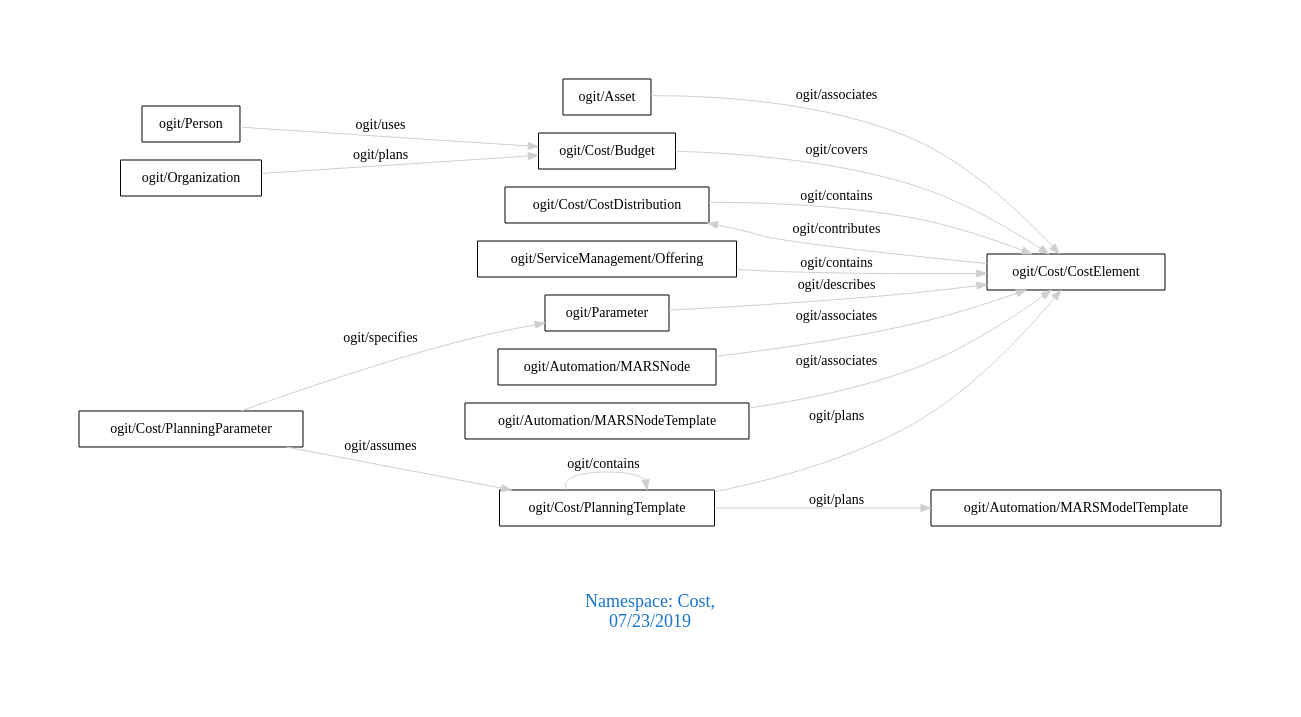
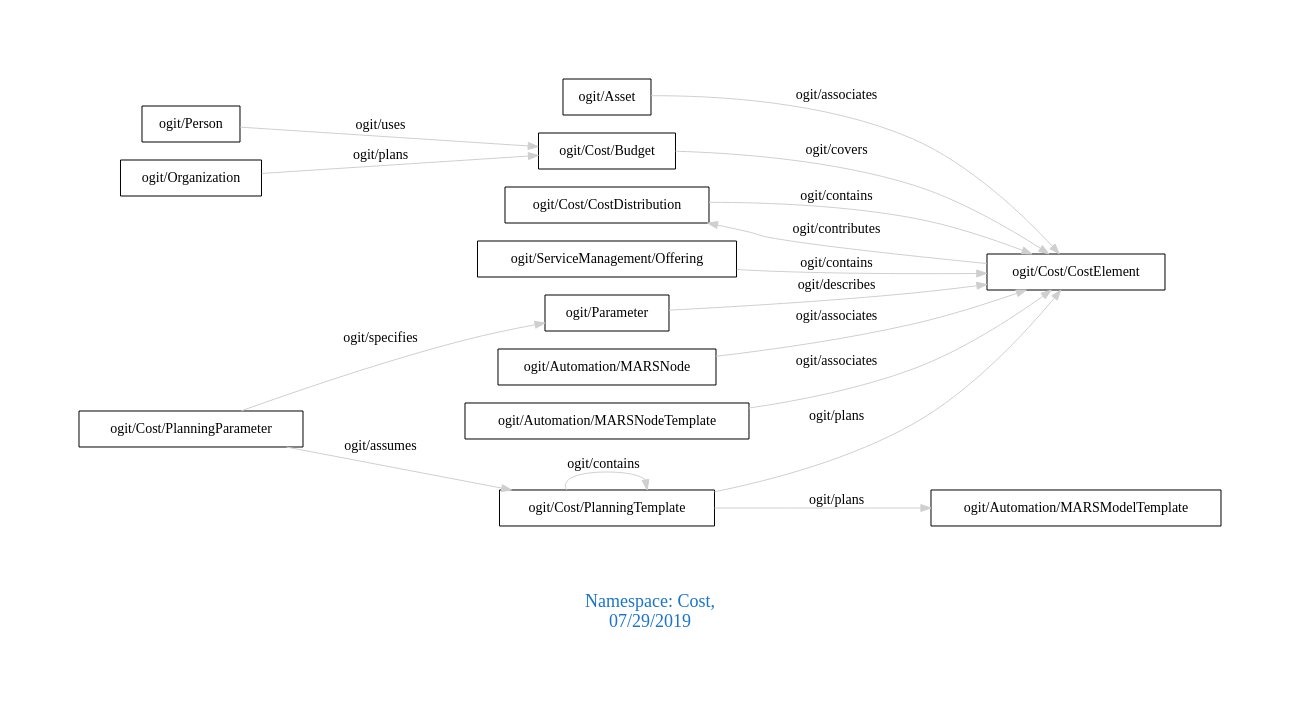
The diagram in downloads/Cost.dot (arago/OGIT), drawn with Graphviz before and after one commit. The commit also changed 1474 other files, not shown here.

```diff
--- a/downloads/Cost.dot
+++ b/downloads/Cost.dot
@@ -1,23 +1,23 @@
 digraph OGIT_ontology {
  graph [ rankdir= LR,pad=1 
 fontsize = 18,
-fontcolor= dodgerblue3,label = "\n\n\nNamespace: Cost, \n 07/23/2019"];
+fontcolor= dodgerblue3,label = "\n\n\nNamespace: Cost, \n 07/29/2019"];
 node[shape=polygon];
 edge [  color="gray81"];
 
    "ogit/Cost/CostDistribution" -> "ogit/Cost/CostElement" [label="   ogit/contains    "];
    "ogit/ServiceManagement/Offering" -> "ogit/Cost/CostElement" [label="   ogit/contains    "];
    "ogit/Cost/PlanningParameter" -> "ogit/Parameter" [label="   ogit/specifies    "];
    "ogit/Cost/Budget" -> "ogit/Cost/CostElement" [label="   ogit/covers    "];
    "ogit/Parameter" -> "ogit/Cost/CostElement" [label="   ogit/describes    "];
    "ogit/Cost/CostElement" -> "ogit/Cost/CostDistribution" [label="   ogit/contributes    "];
    "ogit/Automation/MARSNode" -> "ogit/Cost/CostElement" [label="   ogit/associates    "];
    "ogit/Automation/MARSNodeTemplate" -> "ogit/Cost/CostElement" [label="   ogit/associates    "];
    "ogit/Asset" -> "ogit/Cost/CostElement" [label="   ogit/associates    "];
    "ogit/Person" -> "ogit/Cost/Budget" [label="   ogit/uses    "];
    "ogit/Cost/PlanningTemplate" -> "ogit/Automation/MARSModelTemplate" [label="   ogit/plans    "];
    "ogit/Cost/PlanningTemplate" -> "ogit/Cost/CostElement" [label="   ogit/plans    "];
    "ogit/Organization" -> "ogit/Cost/Budget" [label="   ogit/plans    "];
    "ogit/Cost/PlanningParameter" -> "ogit/Cost/PlanningTemplate" [label="   ogit/assumes    "];
    "ogit/Cost/PlanningTemplate" -> "ogit/Cost/PlanningTemplate" [label="   ogit/contains    "];
 }
```
